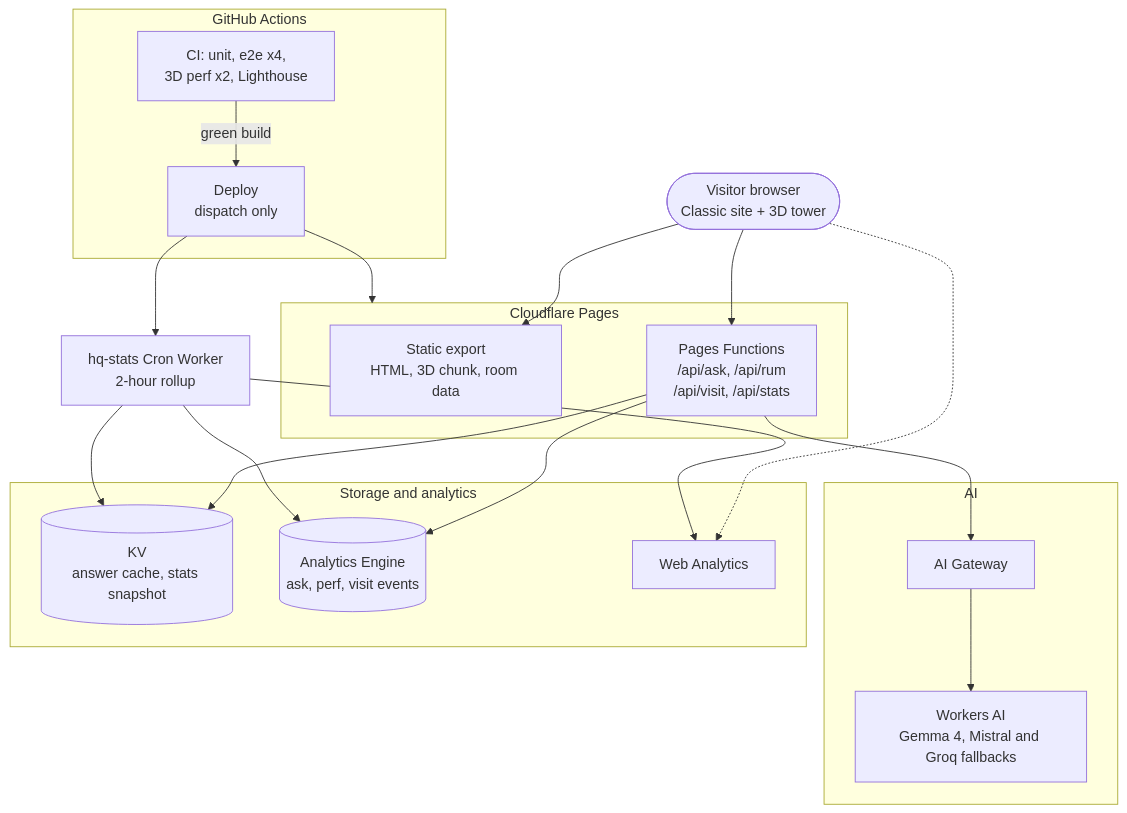
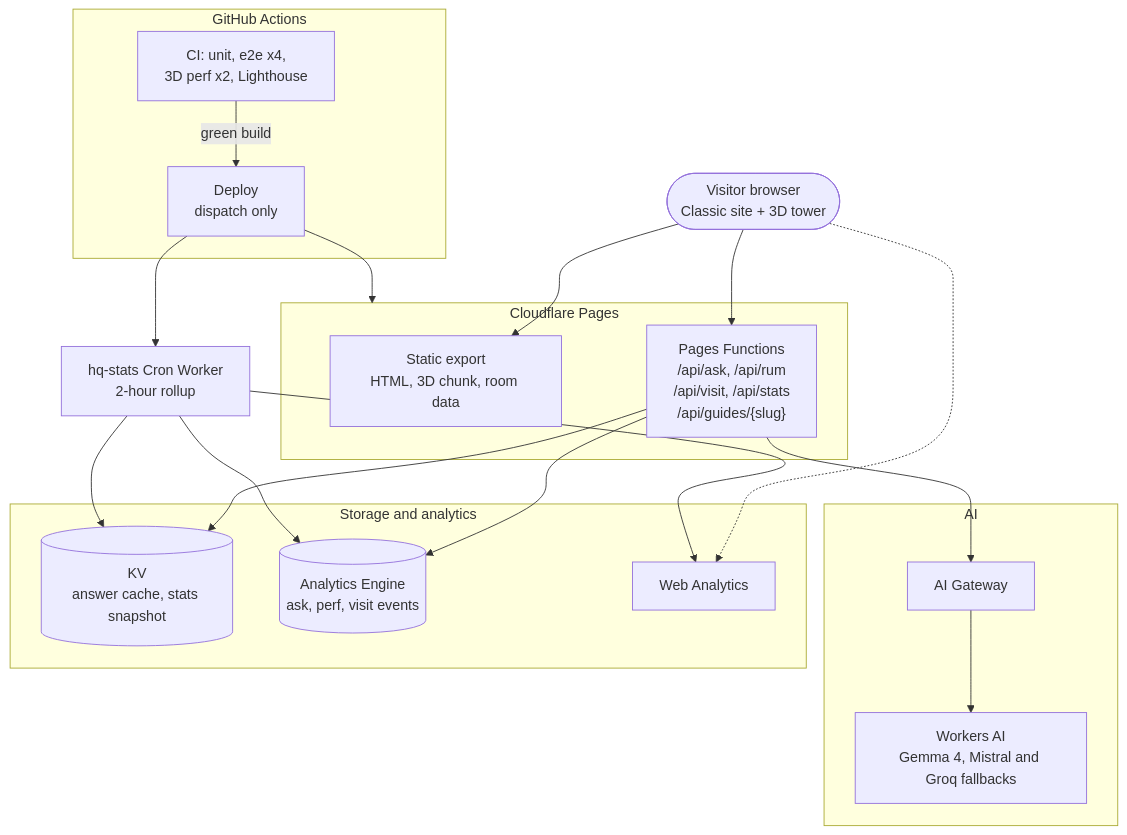
Before and after one commit to ShinyQ/ShinyQ-HQ: the diagram in README.md, drawn with Mermaid. The commit also changed other lines of this file, not shown here.

Commit message:
docs(guides): README routes, Functions and structure list /api/guides/{slug}

````diff
--- a/README.md
+++ b/README.md
@@ -75,37 +75,37 @@
 ```mermaid
 flowchart TB
   visitor(["Visitor browser<br/>Classic site + 3D tower"])
 
   subgraph pagesbox["Cloudflare Pages"]
     pages["Static export<br/>HTML, 3D chunk, room data"]
-    fn["Pages Functions<br/>/api/ask, /api/rum<br/>/api/visit, /api/stats"]
+    fn["Pages Functions<br/>/api/ask, /api/rum<br/>/api/visit, /api/stats<br/>/api/guides/{slug}"]
   end
 
   subgraph aibox["AI"]
     gateway["AI Gateway"] --> wai["Workers AI<br/>Gemma 4, Mistral and Groq fallbacks"]
   end
 
   subgraph databox["Storage and analytics"]
     kv[("KV<br/>answer cache, stats snapshot")]
     ae[("Analytics Engine<br/>ask, perf, visit events")]
     wa["Web Analytics"]
   end
 
   cron["hq-stats Cron Worker<br/>2-hour rollup"]
 
   subgraph ghbox["GitHub Actions"]
     ci["CI: unit, e2e x4,<br/>3D perf x2, Lighthouse"] -->|green build| deploy["Deploy<br/>dispatch only"]
   end
 
   visitor --> pages
   visitor --> fn
   visitor -.-> wa
   fn --> gateway
   fn --> kv
   fn --> ae
   cron --> wa
   cron --> ae
   cron --> kv
   deploy --> pagesbox
   deploy --> cron
 ```
````
